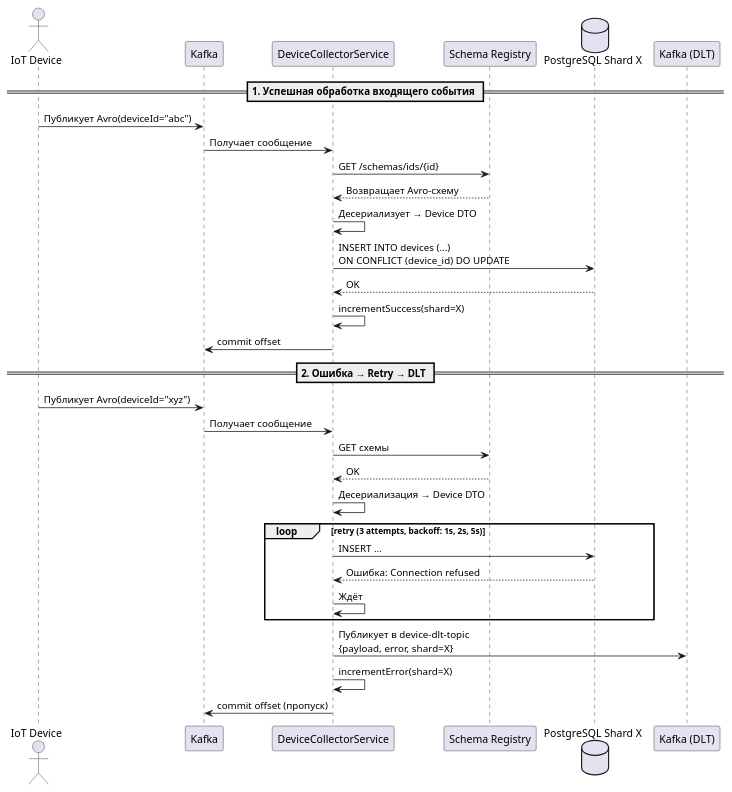
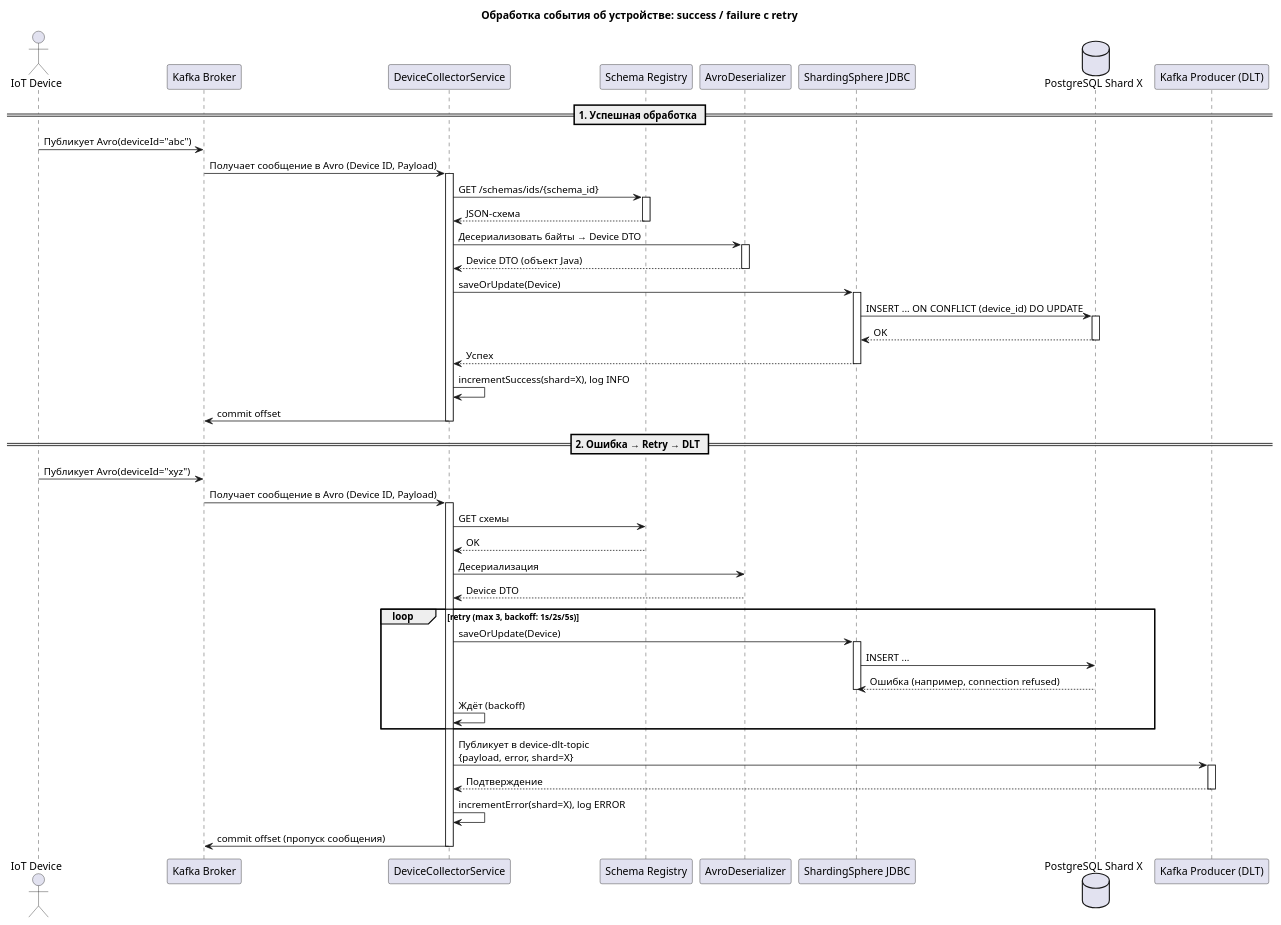
One commit to QuitEnough/highlyLoadedDistributedSystems changed the diagram in diagrams/device-collector-service/sequence.puml. Above: the diagram before and after it, drawn with PlantUML. The commit also changed 4 other files, not shown here.

```diff
--- a/diagrams/device-collector-service/sequence.puml
+++ b/diagrams/device-collector-service/sequence.puml
@@ -1,36 +1,69 @@
 @startuml
 actor "IoT Device" as Device
-participant "Kafka" as Kafka
+participant "Kafka Broker" as Kafka
 participant "DeviceCollectorService" as DCS
 participant "Schema Registry" as SR
+participant "AvroDeserializer" as AVRO
+participant "ShardingSphere JDBC" as SSJDBC
 database "PostgreSQL Shard X" as DB
-participant "Kafka (DLT)" as DLT
+participant "Kafka Producer (DLT)" as DLT
 
-== 1. Успешная обработка входящего события ==
+title Обработка события об устройстве: success / failure с retry
+
+== 1. Успешная обработка ==
 Device -> Kafka : Публикует Avro(deviceId="abc")
-Kafka -> DCS : Получает сообщение
-DCS -> SR : GET /schemas/ids/{id}
-SR --> DCS : Возвращает Avro-схему
-DCS -> DCS : Десериализует → Device DTO
-DCS -> DB : INSERT INTO devices (...) \nON CONFLICT (device_id) DO UPDATE
-DB --> DCS : OK
-DCS -> DCS : incrementSuccess(shard=X)
+Kafka -> DCS : Получает сообщение в Avro (Device ID, Payload)
+activate DCS
+
+DCS -> SR : GET /schemas/ids/{schema_id}
+activate SR
+SR --> DCS : JSON-схема
+deactivate SR
+
+DCS -> AVRO : Десериализовать байты → Device DTO
+activate AVRO
+AVRO --> DCS : Device DTO (объект Java)
+deactivate AVRO
+
+DCS -> SSJDBC : saveOrUpdate(Device)
+activate SSJDBC
+SSJDBC -> DB : INSERT ... ON CONFLICT (device_id) DO UPDATE
+activate DB
+DB --> SSJDBC : OK
+deactivate DB
+SSJDBC --> DCS : Успех
+deactivate SSJDBC
+
+DCS -> DCS : incrementSuccess(shard=X), log INFO
 DCS -> Kafka : commit offset
+deactivate DCS
 
 == 2. Ошибка → Retry → DLT ==
 Device -> Kafka : Публикует Avro(deviceId="xyz")
-Kafka -> DCS : Получает сообщение
+Kafka -> DCS : Получает сообщение в Avro (Device ID, Payload)
+activate DCS
+
 DCS -> SR : GET схемы
 SR --> DCS : OK
-DCS -> DCS : Десериализация → Device DTO
+DCS -> AVRO : Десериализация
+AVRO --> DCS : Device DTO
 
-loop retry (3 attempts, backoff: 1s, 2s, 5s)
-  DCS -> DB : INSERT ...
-  DB --> DCS : Ошибка: Connection refused
-  DCS -> DCS : Ждёт
+loop retry (max 3, backoff: 1s/2s/5s)
+  DCS -> SSJDBC : saveOrUpdate(Device)
+  activate SSJDBC
+  SSJDBC -> DB : INSERT ...
+  DB --> SSJDBC : Ошибка (например, connection refused)
+  deactivate SSJDBC
+  DCS -> DCS : Ждёт (backoff)
 end
 
 DCS -> DLT : Публикует в device-dlt-topic\n{payload, error, shard=X}
-DCS -> DCS : incrementError(shard=X)
-DCS -> Kafka : commit offset (пропуск)
+activate DLT
+DLT --> DCS : Подтверждение
+deactivate DLT
+
+DCS -> DCS : incrementError(shard=X), log ERROR
+DCS -> Kafka : commit offset (пропуск сообщения)
+deactivate DCS
+
 @enduml
```
